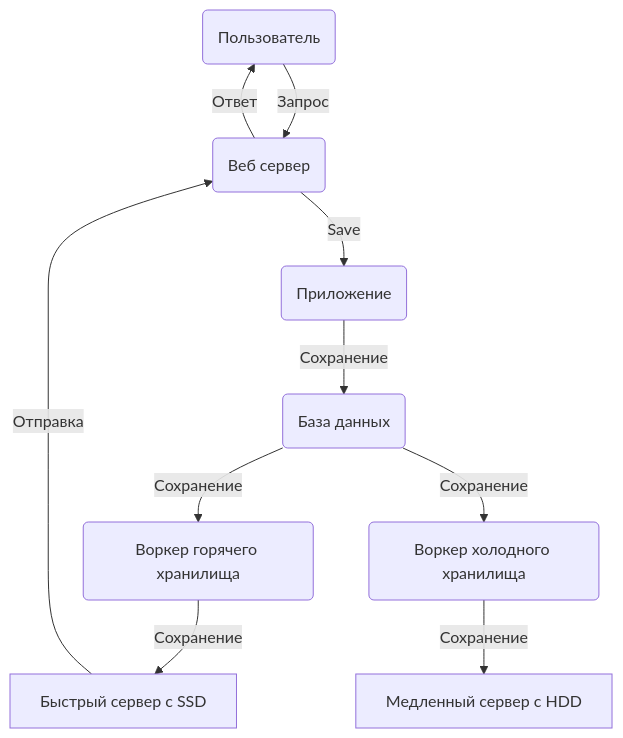
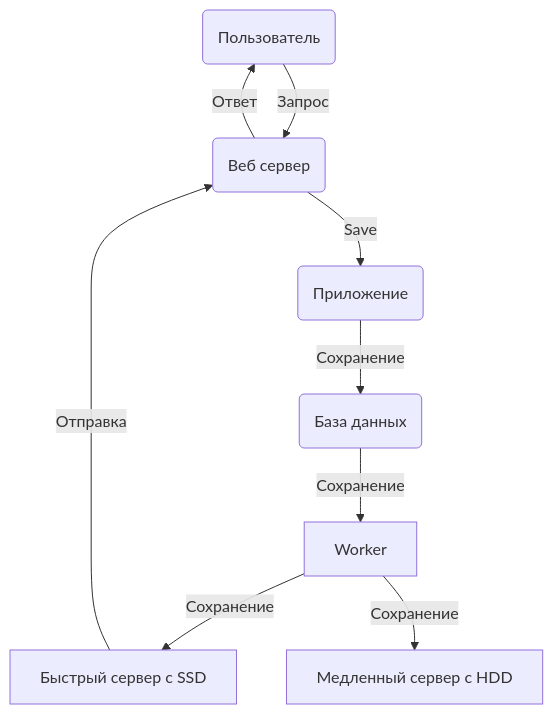
The third of 3 diagrams in README.md (IgorZyktin/omoide), drawn with Mermaid before and after one commit. The commit also changed other lines of this file, not shown here.

````diff
--- a/README.md
+++ b/README.md
@@ -148,12 +143,11 @@
 ```mermaid
 graph TD
     User(Пользователь) -->|Запрос| NGINX
     NGINX(Веб сервер) -->|Save| WEB
     WEB(Приложение) -->|Сохранение| DB(База данных)
-    DB -->|Сохранение| HOT(Воркер горячего хранилища)
-    DB -->|Сохранение| COLD(Воркер холодного хранилища)
-    HOT -->|Сохранение| SSD[Быстрый сервер с SSD]
-    COLD -->|Сохранение| HDD[Медленный сервер с HDD]
+    DB -->|Сохранение| Worker
+    Worker -->|Сохранение| SSD[Быстрый сервер с SSD]
+    Worker -->|Сохранение| HDD[Медленный сервер с HDD]
     SSD -->|Отправка| NGINX
     NGINX -->|Ответ| User
 ```
````
